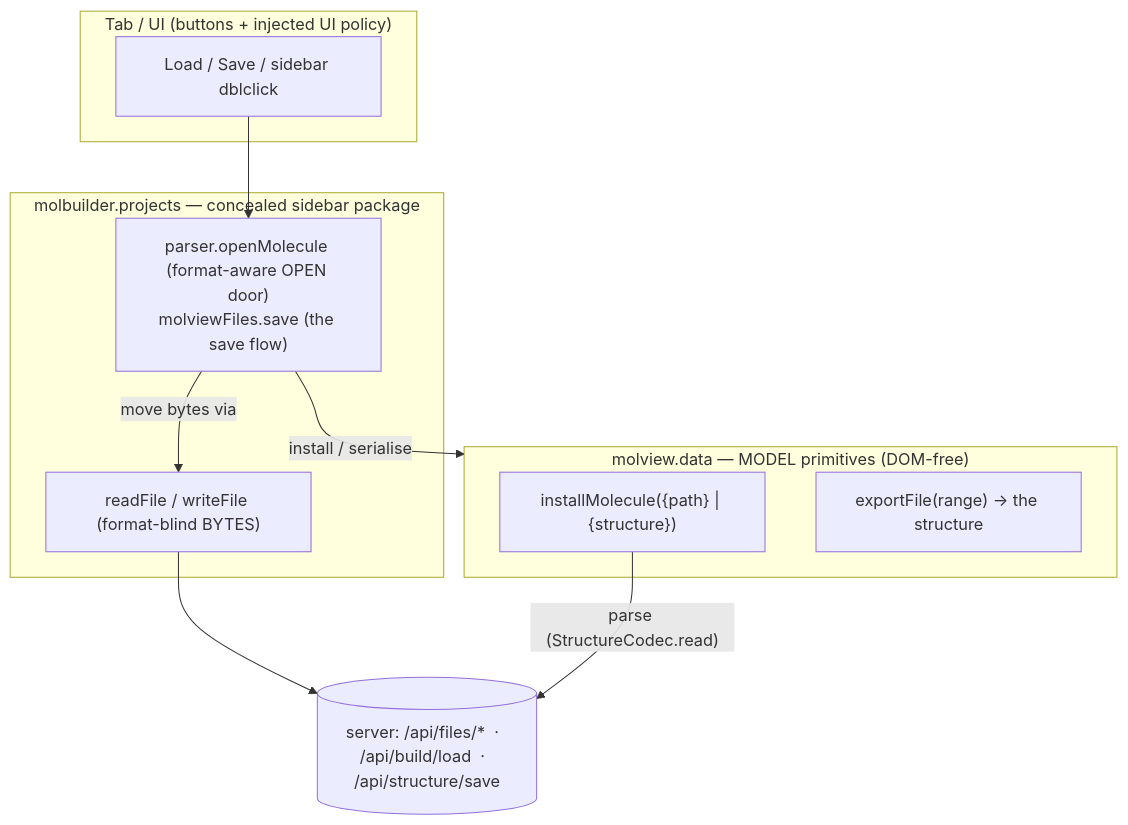
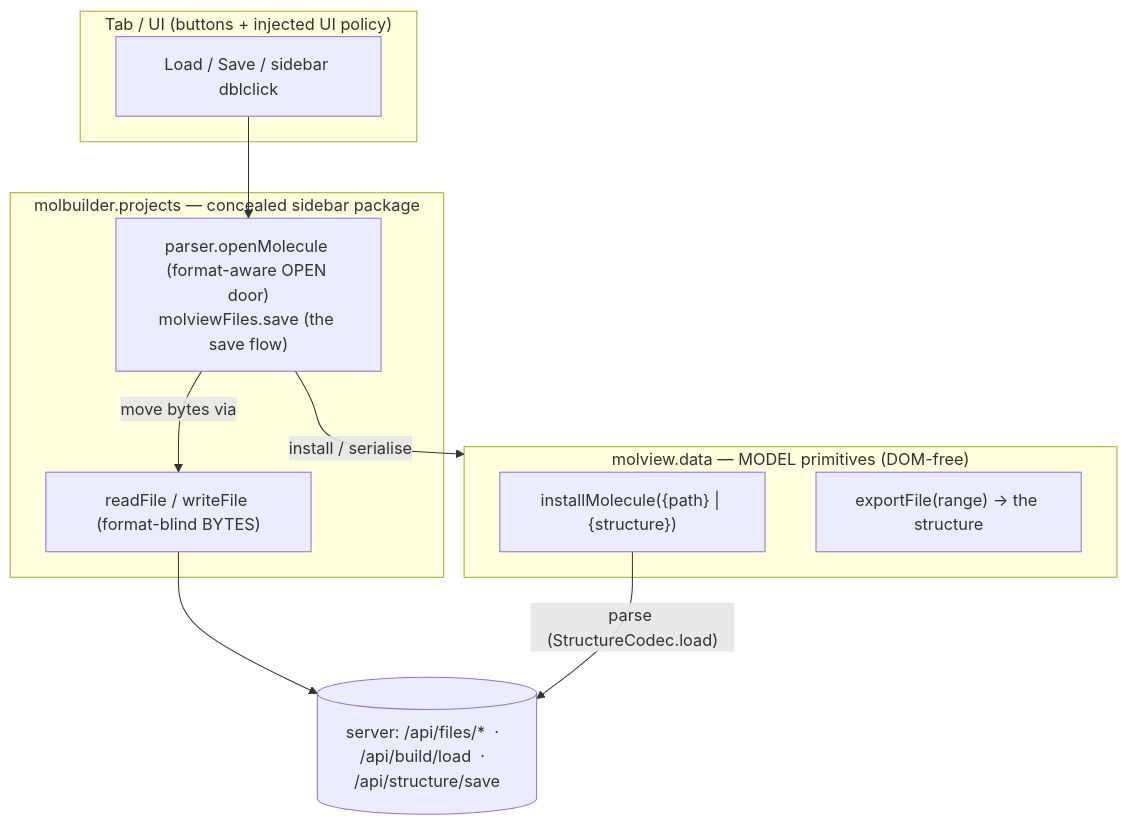
One commit to Qing-LAB/molbuilder changed the third of 3 diagrams in docs/model/structure.md. Above: the diagram before and after it, drawn with Mermaid. The commit also changed other lines of this file and 136 other files, not shown here.

````diff
--- a/docs/model/structure.md
+++ b/docs/model/structure.md
@@ -1269,20 +1269,20 @@
 ```mermaid
 flowchart TB
     subgraph TAB["Tab / UI (buttons + injected UI policy)"]
         B["Load / Save / sidebar dblclick"]
     end
     subgraph PR["molbuilder.projects — concealed sidebar package"]
         DOORS["parser.openMolecule (format-aware OPEN door)<br/>molviewFiles.save (the save flow)"]
         BYTES["readFile / writeFile (format-blind BYTES)"]
         DOORS -->|"move bytes via"| BYTES
     end
     subgraph MV["molview.data — MODEL primitives (DOM-free)"]
         IM["installMolecule({path} | {structure})"]
         EF["exportFile(range) → the structure"]
     end
     SRV[("server: /api/files/*  ·  /api/build/load  ·  /api/structure/save")]
     B --> DOORS
     DOORS -->|"install / serialise"| MV
     BYTES --> SRV
-    IM -->|"parse (StructureCodec.read)"| SRV
+    IM -->|"parse (StructureCodec.load)"| SRV
 ```
````
